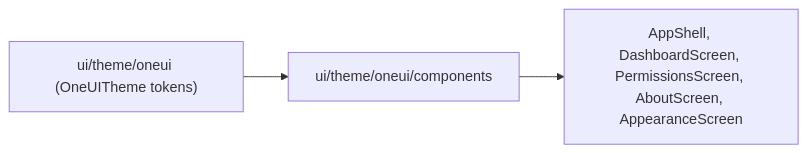
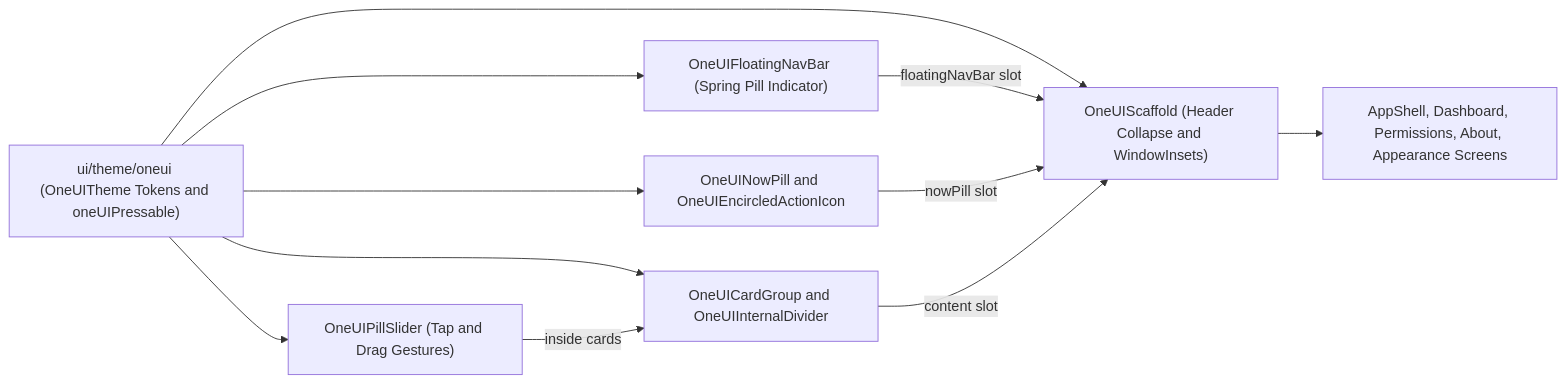
One commit to tyejaedon/Cover-Screen-OS changed the diagram in app/src/main/java/com/tyejaedon/coverscreenos/ui/theme/oneui/components/README.md. Above: the diagram before and after it, drawn with Mermaid. The commit also changed other lines of this file and 157 other files, not shown here.

Commit message:
refactor: add documentation and readmes across all app modules and components

````diff
--- a/app/src/main/java/com/tyejaedon/coverscreenos/ui/theme/oneui/components/README.md
+++ b/app/src/main/java/com/tyejaedon/coverscreenos/ui/theme/oneui/components/README.md
@@ -17,5 +77,13 @@
 ```mermaid
 flowchart LR
-    OneUI["ui/theme/oneui (OneUITheme tokens)"] --> Components["ui/theme/oneui/components"]
-    Components --> Screens["AppShell, DashboardScreen, PermissionsScreen, AboutScreen, AppearanceScreen"]
+    Tokens["ui/theme/oneui (OneUITheme Tokens and oneUIPressable)"] --> Scaffold["OneUIScaffold (Header Collapse and WindowInsets)"]
+    Tokens --> Card["OneUICardGroup and OneUIInternalDivider"]
+    Tokens --> Nav["OneUIFloatingNavBar (Spring Pill Indicator)"]
+    Tokens --> Pill["OneUINowPill and OneUIEncircledActionIcon"]
+    Tokens --> Slider["OneUIPillSlider (Tap and Drag Gestures)"]
+    Nav -->|"floatingNavBar slot"| Scaffold
+    Pill -->|"nowPill slot"| Scaffold
+    Card -->|"content slot"| Scaffold
+    Slider -->|"inside cards"| Card
+    Scaffold --> Screens["AppShell, Dashboard, Permissions, About, Appearance Screens"]
 ```
````
